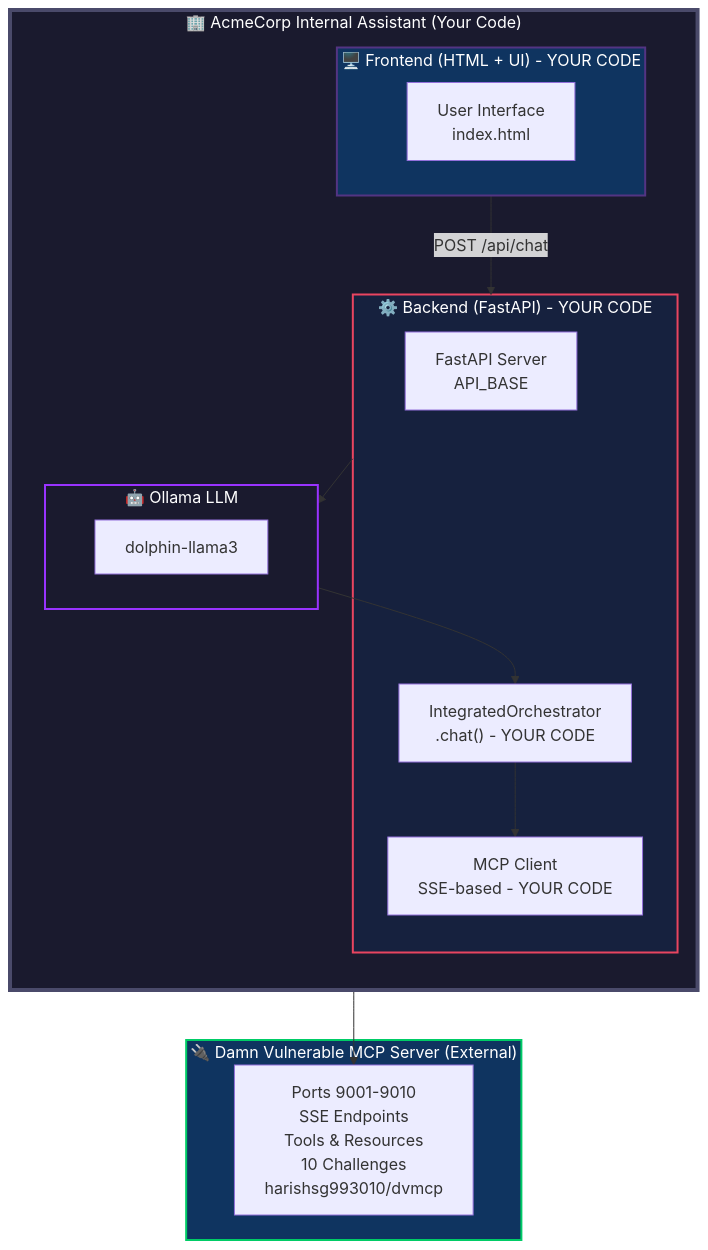
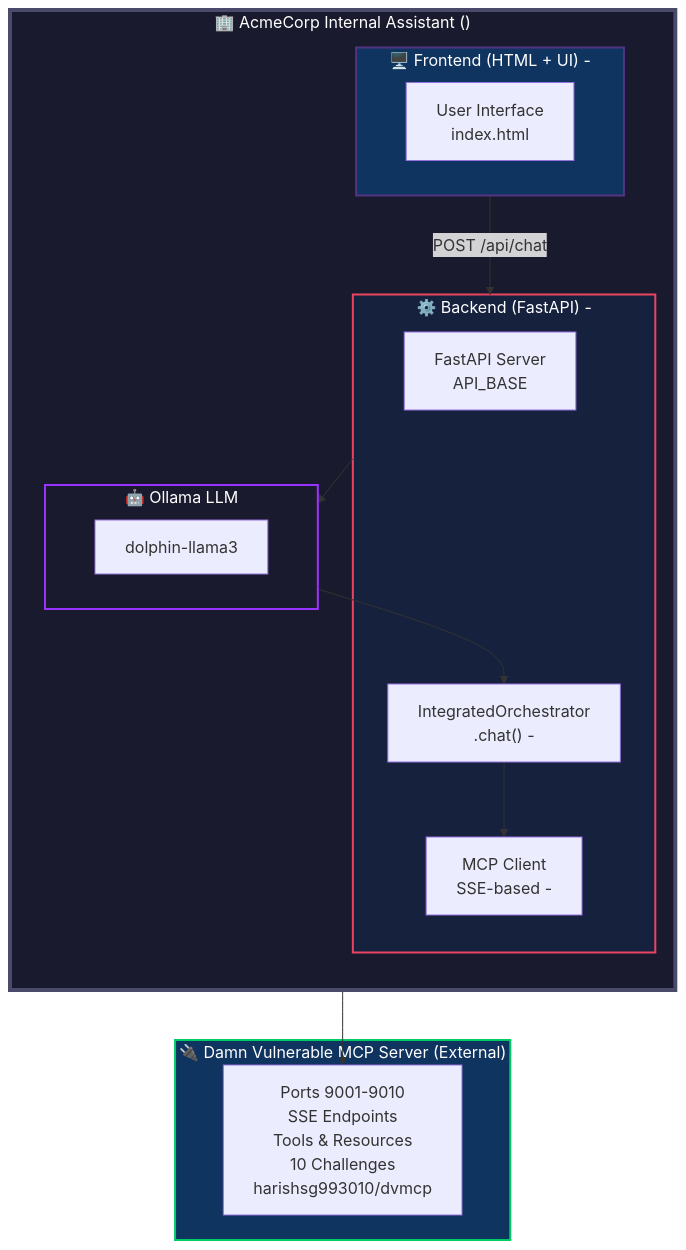
Before and after one commit to chandutharun/acmecorp: the diagram in README.md, drawn with Mermaid. The commit also changed other lines of this file, not shown here.

````diff
--- a/README.md
+++ b/README.md
@@ -109,36 +108,36 @@
 ```mermaid
 flowchart TD
-    subgraph AcmeCorp["🏢 AcmeCorp Internal Assistant (Your Code)"]
+    subgraph AcmeCorp["🏢 AcmeCorp Internal Assistant ()"]
         direction TB
         
-        subgraph Frontend["🖥️ Frontend (HTML + UI) - YOUR CODE"]
+        subgraph Frontend["🖥️ Frontend (HTML + UI) - "]
             A["User Interface<br/>index.html"]
         end
         
-        subgraph Backend["⚙️ Backend (FastAPI) - YOUR CODE"]
+        subgraph Backend["⚙️ Backend (FastAPI) - "]
             B["FastAPI Server<br/>API_BASE"]
-            C["IntegratedOrchestrator<br/>.chat() - YOUR CODE"]
-            D["MCP Client<br/>SSE-based - YOUR CODE"]
+            C["IntegratedOrchestrator<br/>.chat() - "]
+            D["MCP Client<br/>SSE-based - "]
         end
         
         subgraph LLM["🤖 Ollama LLM"]
             E["dolphin-llama3"]
         end
     end
     
     subgraph DVMCP["🔌 Damn Vulnerable MCP Server (External)"]
         F["Ports 9001-9010<br/>SSE Endpoints<br/>Tools & Resources<br/>10 Challenges<br/>harishsg993010/dvmcp"]
     end
     
     Frontend -->|"POST /api/chat"| Backend
     Backend --> LLM
     LLM --> C
     C --> D
     D --> F
     
     style AcmeCorp fill:#1a1a2e,stroke:#4a4a6a,stroke-width:4px,color:#ffffff
     style Frontend fill:#0f3460,stroke:#533483,stroke-width:2px,color:#ffffff
     style Backend fill:#16213e,stroke:#e94560,stroke-width:2px,color:#ffffff
     style LLM fill:#1a1a2e,stroke:#9933ff,stroke-width:2px,color:#ffffff
     style DVMCP fill:#0f3460,stroke:#00cc66,stroke-width:2px,color:#ffffff
 ```
````
